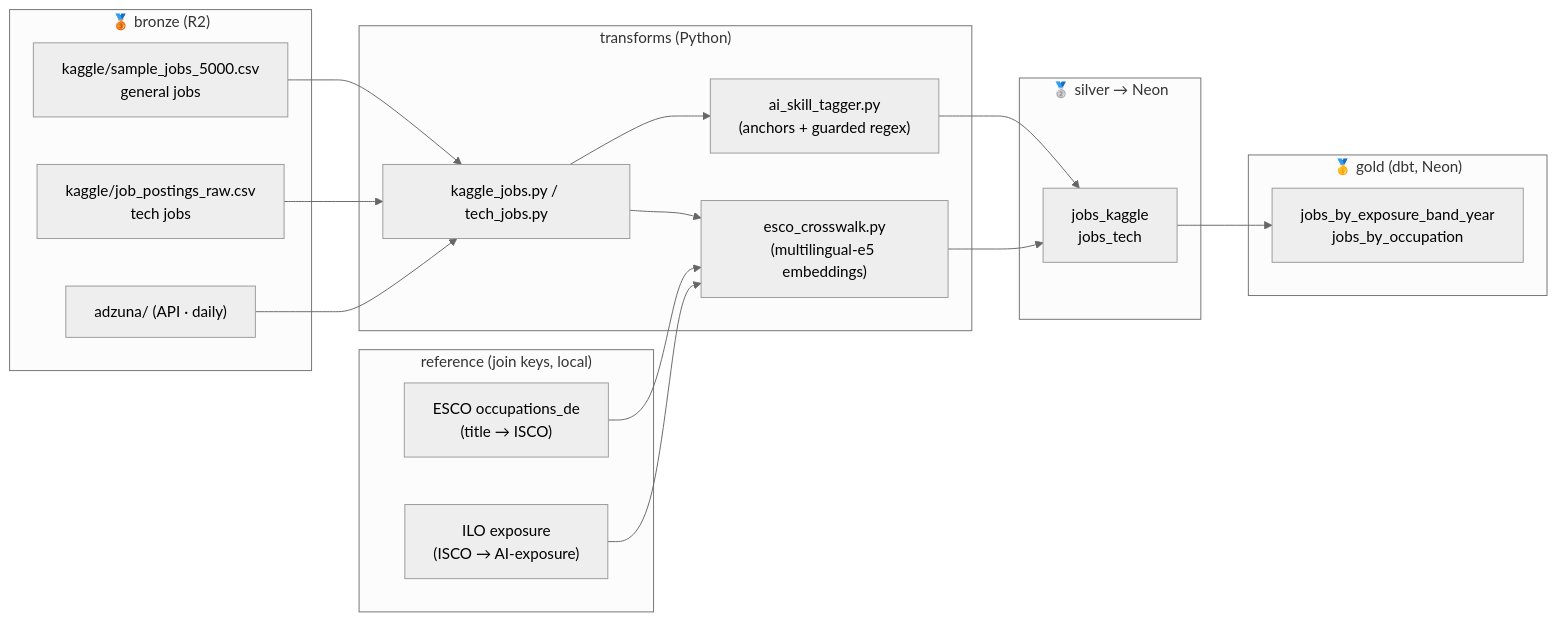
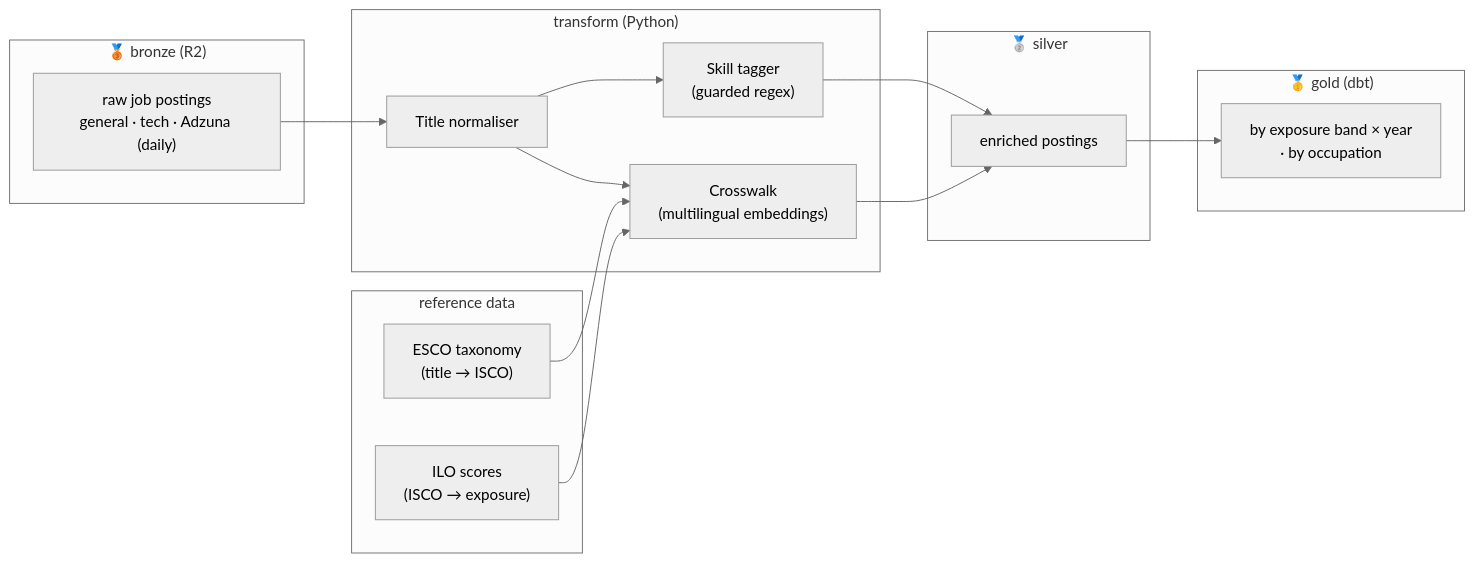
The fourth of 5 diagrams in pipeline_reference_cloud.md (Riadh180/data-engineering-capstone), drawn with Mermaid (neutral theme) before and after one commit. The commit also changed other lines of this file, not shown here.

Commit message:
enritch reference file

````diff
--- a/pipeline_reference_cloud.md
+++ b/pipeline_reference_cloud.md
@@ -178,33 +229,25 @@
 ```mermaid
 flowchart LR
     subgraph BR["🥉 bronze (R2)"]
-      K["kaggle/sample_jobs_5000.csv<br/>general jobs"]
-      TJ["kaggle/job_postings_raw.csv<br/>tech jobs"]
-      AZ["adzuna/ (API · daily)"]
+      J["raw job postings<br/>general · tech · Adzuna (daily)"]
     end
-    subgraph RF["reference (join keys, local)"]
-      ES["ESCO occupations_de<br/>(title → ISCO)"]
-      IL["ILO exposure<br/>(ISCO → AI-exposure)"]
+    subgraph RF["reference data"]
+      ES["ESCO taxonomy<br/>(title → ISCO)"]
+      IL["ILO scores<br/>(ISCO → exposure)"]
     end
-    subgraph TX["transforms (Python)"]
-      IG["kaggle_jobs.py / tech_jobs.py"]
-      XC["esco_crosswalk.py<br/>(multilingual-e5 embeddings)"]
-      XT["ai_skill_tagger.py<br/>(anchors + guarded regex)"]
+    subgraph TX["transform (Python)"]
+      N["Title normaliser"]
+      XC["Crosswalk<br/>(multilingual embeddings)"]
+      XT["Skill tagger<br/>(guarded regex)"]
     end
-    subgraph SI["🥈 silver → Neon"]
-      SJ["jobs_kaggle<br/>jobs_tech"]
+    subgraph SI["🥈 silver"]
+      SJ["enriched postings"]
     end
-    subgraph GO["🥇 gold (dbt, Neon)"]
-      GJ["jobs_by_exposure_band_year<br/>jobs_by_occupation"]
+    subgraph GO["🥇 gold (dbt)"]
+      GJ["by exposure band × year<br/>· by occupation"]
     end
-    K --> IG
-    TJ --> IG
-    AZ --> IG
-    IG --> XC
-    IG --> XT
+    J --> N --> XC --> SJ --> GJ
+    N --> XT --> SJ
     ES --> XC
     IL --> XC
-    XC --> SJ
-    XT --> SJ
-    SJ --> GJ
 ```
````
